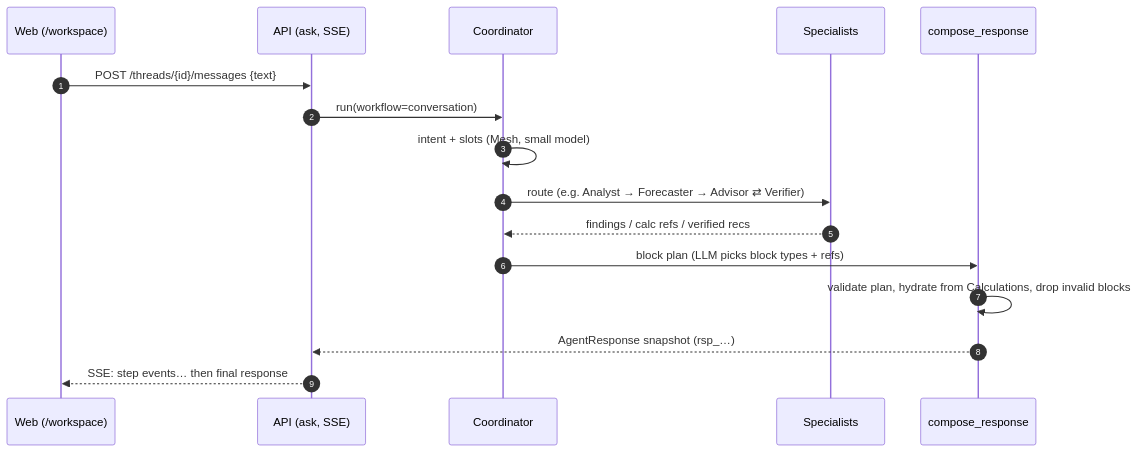
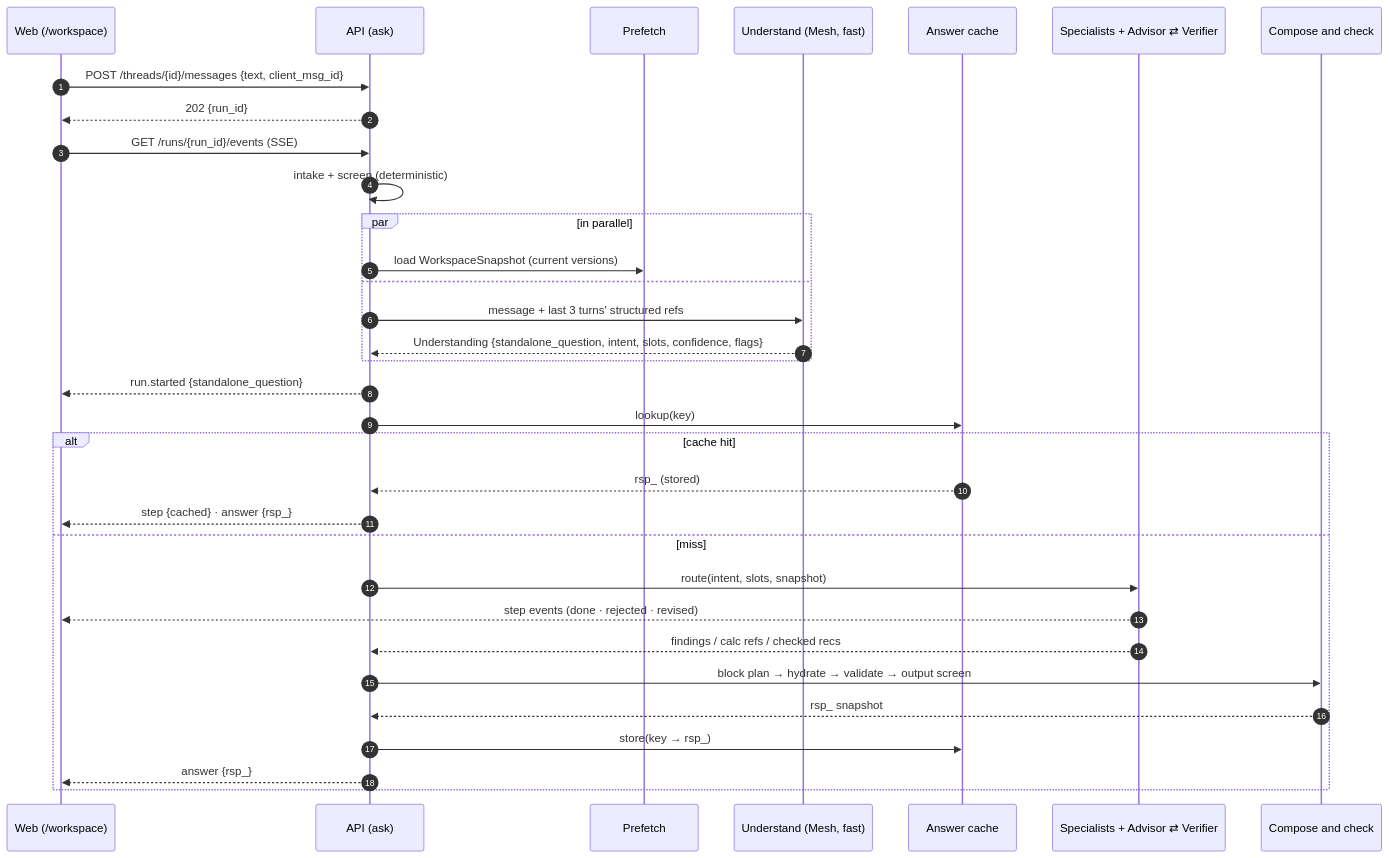
One commit to olaheavy-dev/Foresight changed the seventh of 8 diagrams in docs/05-SYSTEM-ARCHITECTURE.md. Above: the diagram before and after it, drawn with Mermaid. The commit also changed other lines of this file and 7 other files, not shown here.

First line of the commit message:
Design the Ask pipeline: injection defence, follow-ups, answer cache, run events

````diff
--- a/docs/05-SYSTEM-ARCHITECTURE.md
+++ b/docs/05-SYSTEM-ARCHITECTURE.md
@@ -278,18 +334,35 @@
 ```mermaid
 sequenceDiagram
     autonumber
     participant W as Web (/workspace)
-    participant A as API (ask, SSE)
-    participant C as Coordinator
-    participant S as Specialists
-    participant X as compose_response
-    W->>A: POST /threads/{id}/messages {text}
-    A->>C: run(workflow=conversation)
-    C->>C: intent + slots (Mesh, small model)
-    C->>S: route (e.g. Analyst → Forecaster → Advisor ⇄ Verifier)
-    S-->>C: findings / calc refs / verified recs
-    C->>X: block plan (LLM picks block types + refs)
-    X->>X: validate plan, hydrate from Calculations, drop invalid blocks
-    X-->>A: AgentResponse snapshot (rsp_…)
-    A-->>W: SSE: step events… then final response
+    participant A as API (ask)
+    participant P as Prefetch
+    participant U as Understand (Mesh, fast)
+    participant K as Answer cache
+    participant S as Specialists + Advisor ⇄ Verifier
+    participant X as Compose and check
+    W->>A: POST /threads/{id}/messages {text, client_msg_id}
+    A-->>W: 202 {run_id}
+    W->>A: GET /runs/{run_id}/events (SSE)
+    A->>A: intake + screen (deterministic)
+    par in parallel
+        A->>P: load WorkspaceSnapshot (current versions)
+    and
+        A->>U: message + last 3 turns' structured refs
+        U-->>A: Understanding {standalone_question, intent, slots, confidence, flags}
+    end
+    A-->>W: run.started {standalone_question}
+    A->>K: lookup(key)
+    alt cache hit
+        K-->>A: rsp_ (stored)
+        A-->>W: step {cached} · answer {rsp_}
+    else miss
+        A->>S: route(intent, slots, snapshot)
+        S-->>W: step events (done · rejected · revised)
+        S-->>A: findings / calc refs / checked recs
+        A->>X: block plan → hydrate → validate → output screen
+        X-->>A: rsp_ snapshot
+        A->>K: store(key → rsp_)
+        A-->>W: answer {rsp_}
+    end
 ```
````
